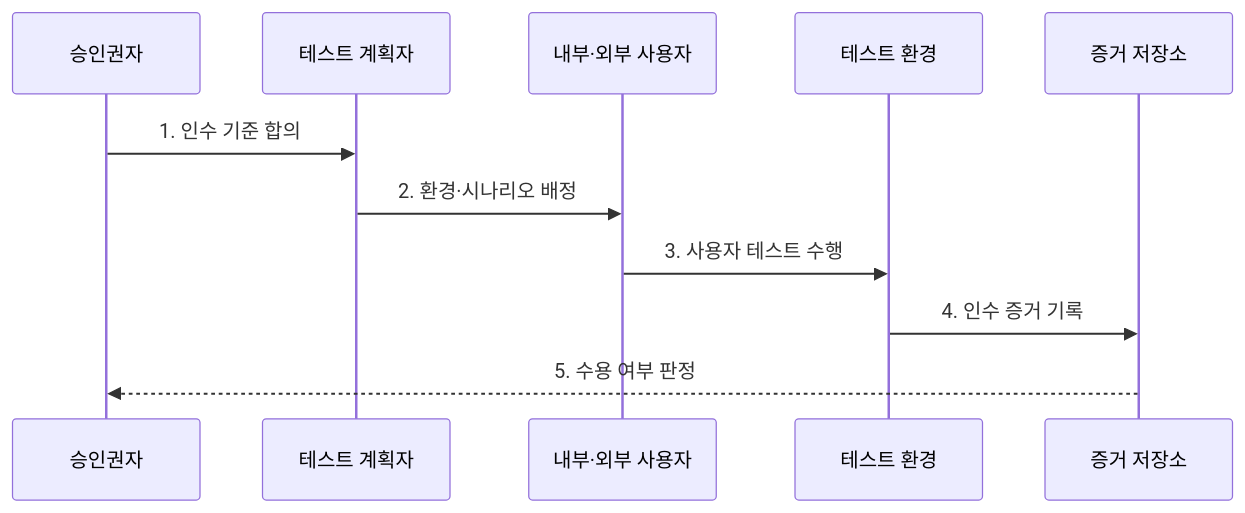
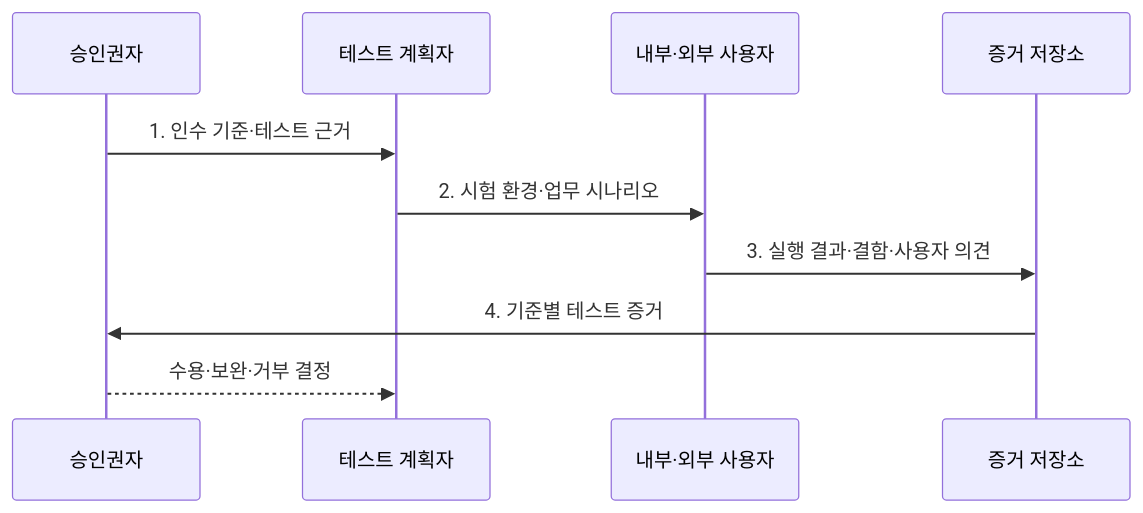
Before and after one commit to agnusdei1207/knowledge-base: the second of 2 diagrams in src/content/docs/notes/03-software/062_alpha_beta_acceptance_testing.md, drawn with Mermaid. The commit also changed other lines of this file and 20 other files, not shown here.

````diff
--- a/src/content/docs/notes/03-software/062_alpha_beta_acceptance_testing.md
+++ b/src/content/docs/notes/03-software/062_alpha_beta_acceptance_testing.md
@@ -79,13 +83,12 @@
 ```mermaid
 sequenceDiagram
     participant A as 승인권자
     participant P as 테스트 계획자
     participant U as 내부·외부 사용자
-    participant E as 테스트 환경
     participant R as 증거 저장소
-    A->>P: 1. 인수 기준 합의
-    P->>U: 2. 환경·시나리오 배정
-    U->>E: 3. 사용자 테스트 수행
-    E->>R: 4. 인수 증거 기록
-    R-->>A: 5. 수용 여부 판정
+    A->>P: 1. 인수 기준·테스트 근거
+    P->>U: 2. 시험 환경·업무 시나리오
+    U->>R: 3. 실행 결과·결함·사용자 의견
+    R->>A: 4. 기준별 테스트 증거
+    A-->>P: 수용·보완·거부 결정
 ```
````
